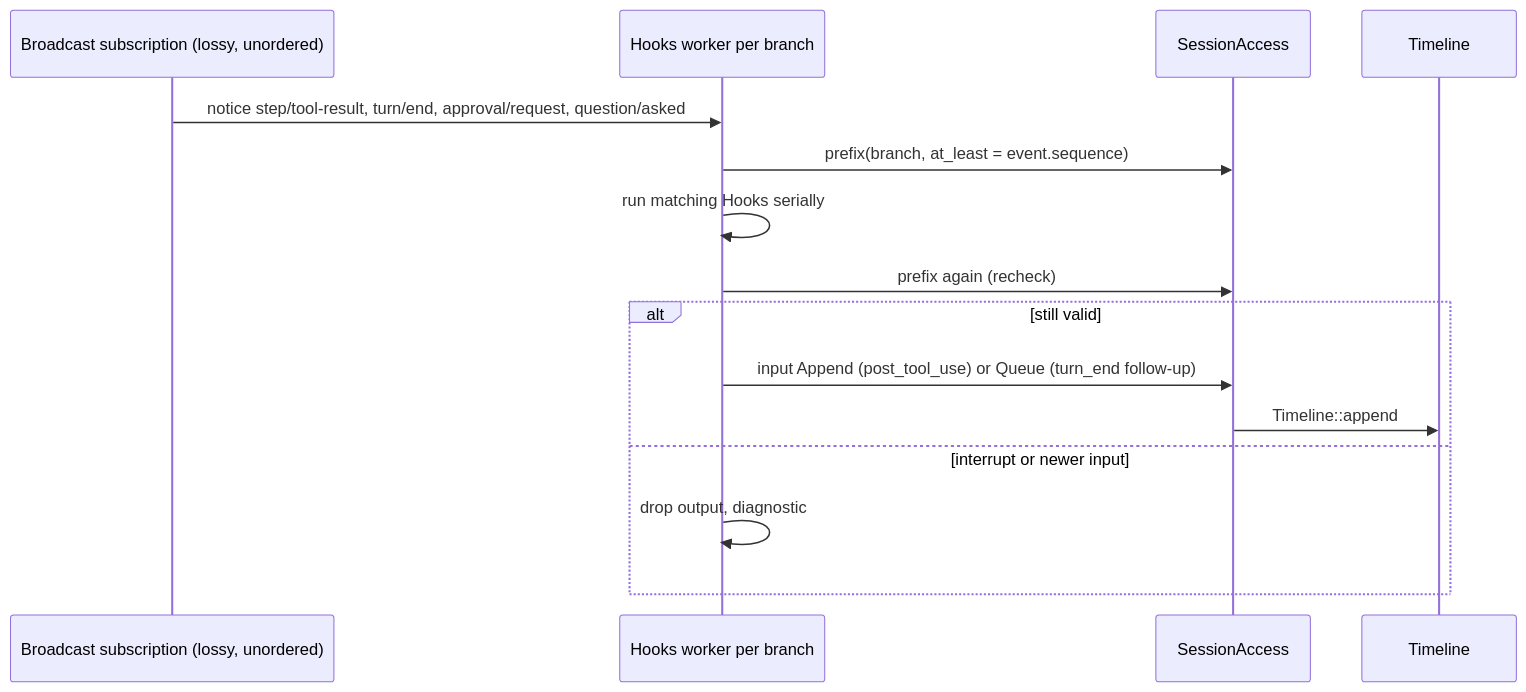
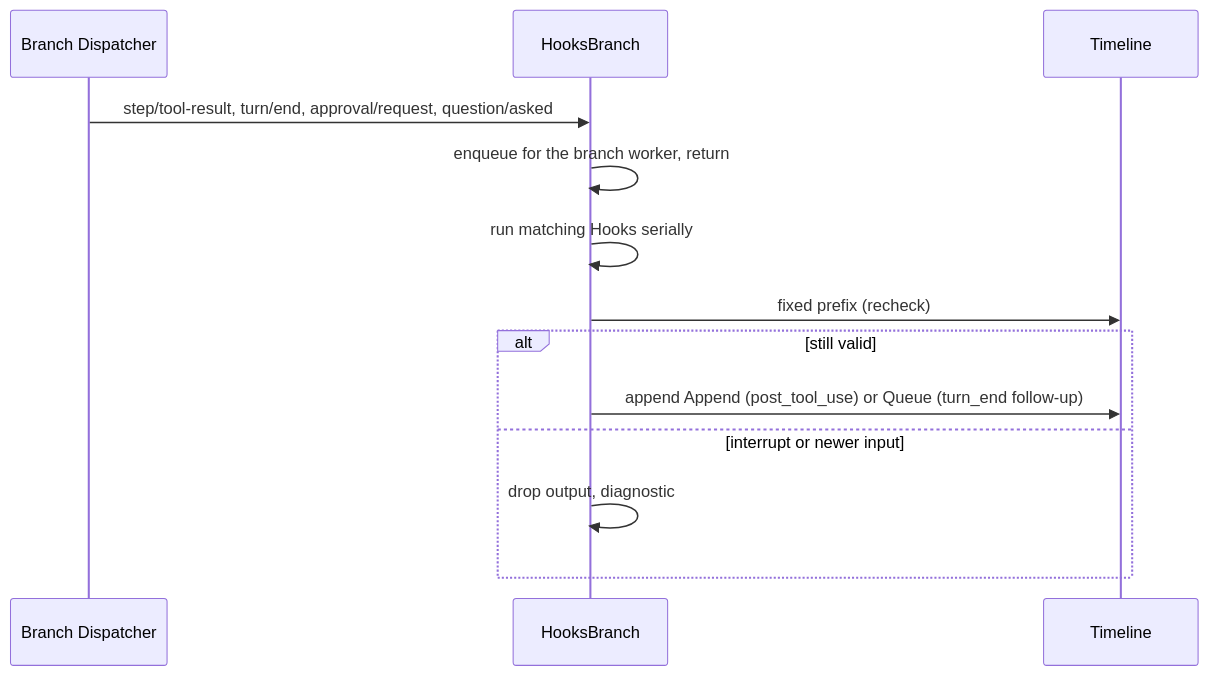
The fifth of 6 diagrams in docs/design/plugins/Hooks.md (CoutinhoTTS/dim-agent), drawn with Mermaid before and after one commit. The commit also changed other lines of this file and 3 other files, not shown here.

Commit message:
docs(design): rescope Web, SessionTitle, Notifications and Hooks per ADR 002

````diff
--- a/docs/design/plugins/Hooks.md
+++ b/docs/design/plugins/Hooks.md
@@ -126,17 +109,15 @@
 ```mermaid
 sequenceDiagram
-  participant SB as Broadcast subscription (lossy, unordered)
-  participant W as Hooks worker per branch
-  participant SA as SessionAccess
+  participant DP as Branch Dispatcher
+  participant HB as HooksBranch
   participant TL as Timeline
-  SB->>W: notice step/tool-result, turn/end, approval/request, question/asked
-  W->>SA: prefix(branch, at_least = event.sequence)
-  W->>W: run matching Hooks serially
-  W->>SA: prefix again (recheck)
+  DP->>HB: step/tool-result, turn/end, approval/request, question/asked
+  HB->>HB: enqueue for the branch worker, return
+  HB->>HB: run matching Hooks serially
+  HB->>TL: fixed prefix (recheck)
   alt still valid
-    W->>SA: input Append (post_tool_use) or Queue (turn_end follow-up)
-    SA->>TL: Timeline::append
+    HB->>TL: append Append (post_tool_use) or Queue (turn_end follow-up)
   else interrupt or newer input
-    W->>W: drop output, diagnostic
+    HB->>HB: drop output, diagnostic
   end
 ```
````
